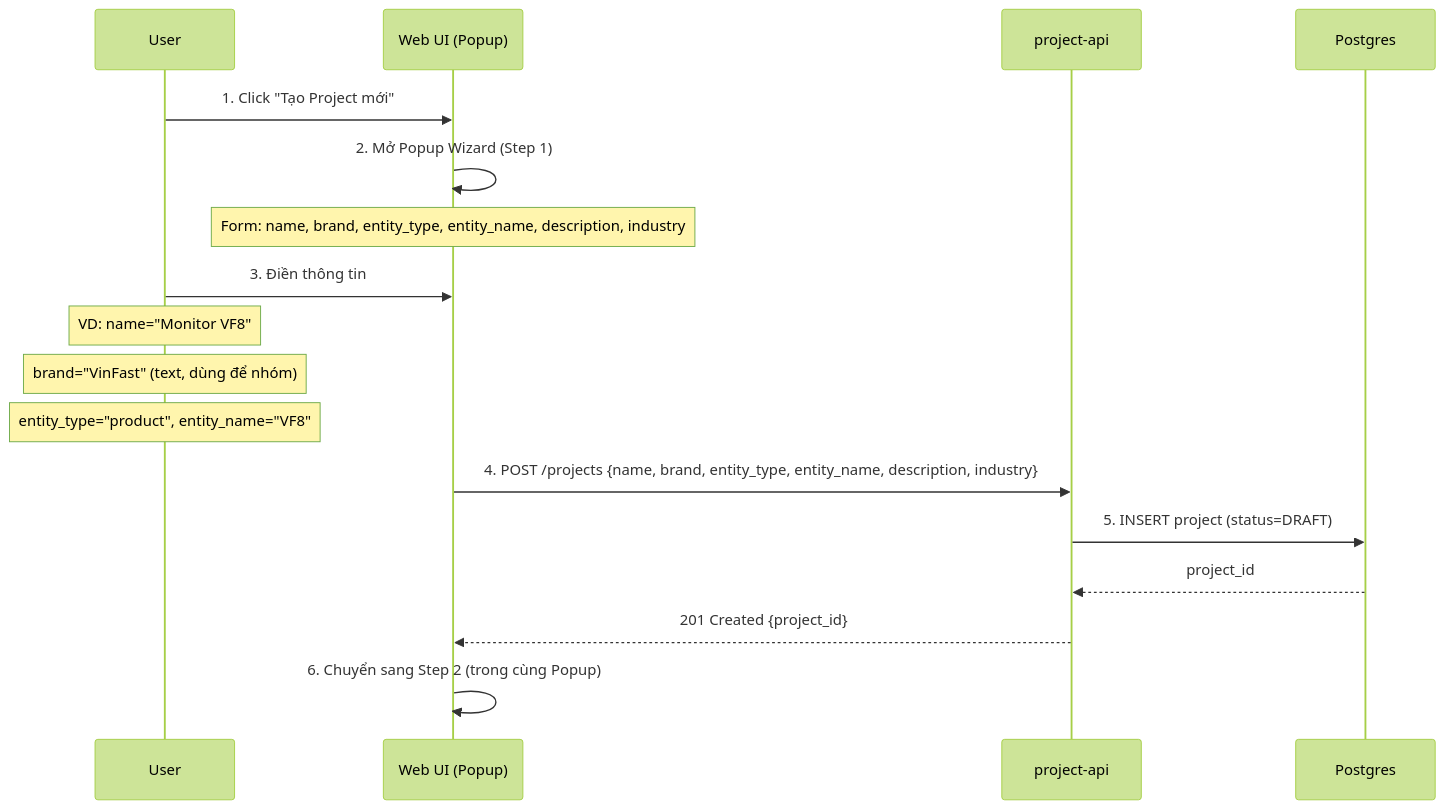
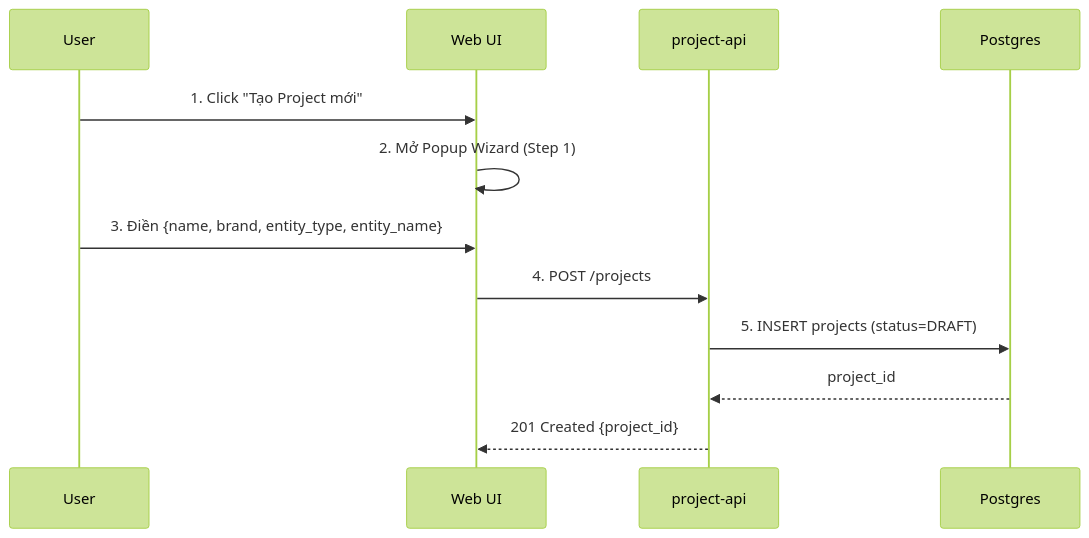
One commit to smap-hcmut/report changed the second of 8 diagrams in documents/dataflow-detailed.md. Above: the diagram before and after it, drawn with Mermaid (forest theme). The commit also changed other lines of this file and 1 other file, not shown here.

Commit message:
feat: Update data flow to v3.0, introduce new Auth and Analytics services, and implement the Campaign-Project-DataSource hierarchy.

````diff
--- a/documents/dataflow-detailed.md
+++ b/documents/dataflow-detailed.md
@@ -102,20 +106,15 @@
 ```mermaid
 sequenceDiagram
     participant User as User
-    participant UI as Web UI (Popup)
+    participant UI as Web UI
     participant API as project-api
     participant DB as Postgres
 
     User->>UI: 1. Click "Tạo Project mới"
     UI->>UI: 2. Mở Popup Wizard (Step 1)
-    Note over UI: Form: name, brand, entity_type, entity_name, description, industry
-    User->>UI: 3. Điền thông tin
-    Note over User: VD: name="Monitor VF8"
-    Note over User: brand="VinFast" (text, dùng để nhóm)
-    Note over User: entity_type="product", entity_name="VF8"
-    UI->>API: 4. POST /projects {name, brand, entity_type, entity_name, description, industry}
-    API->>DB: 5. INSERT project (status=DRAFT)
+    User->>UI: 3. Điền {name, brand, entity_type, entity_name}
+    UI->>API: 4. POST /projects
+    API->>DB: 5. INSERT projects (status=DRAFT)
     DB-->>API: project_id
     API-->>UI: 201 Created {project_id}
-    UI->>UI: 6. Chuyển sang Step 2 (trong cùng Popup)
 ```
````
